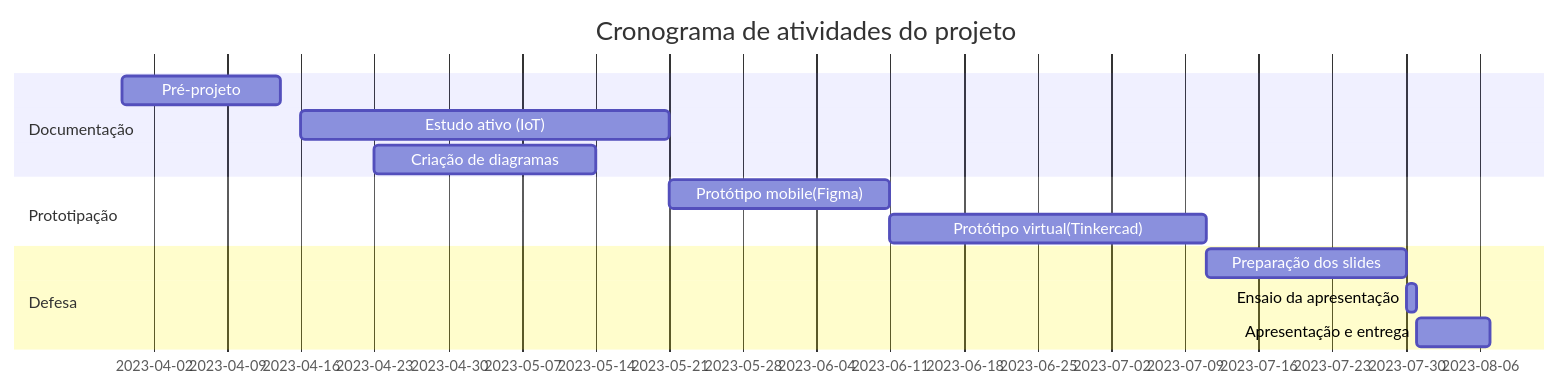
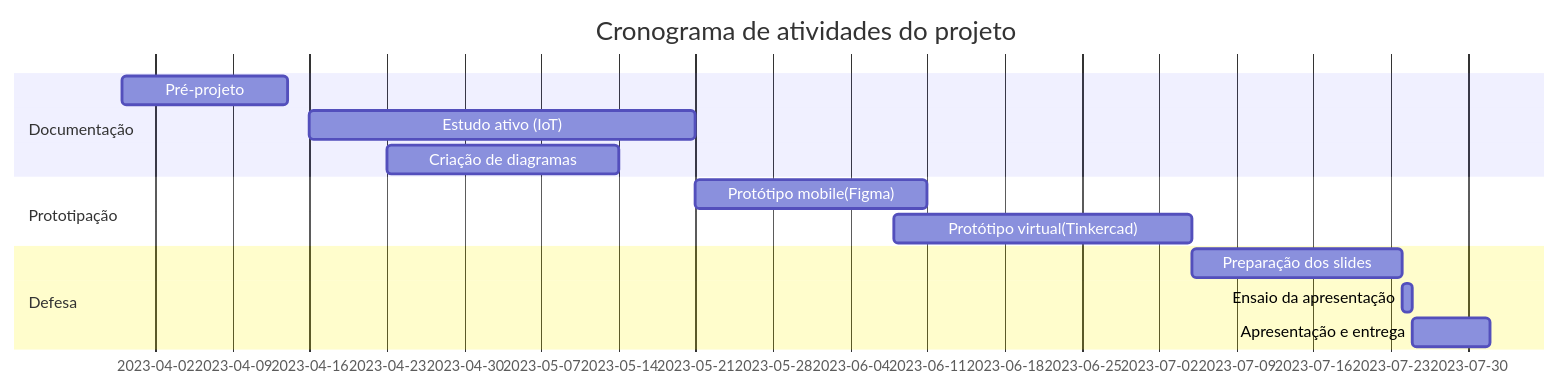
The diagram in README.md (AgathaSena/Projeto-Integrador-II), drawn with Mermaid before and after one commit.

````diff
--- a/README.md
+++ b/README.md
@@ -6,16 +6,16 @@
  ```mermaid
     gantt
     title Cronograma de atividades do projeto
     dateFormat  YYYY-MM-DD
     section Documentação
     Pré-projeto     :a1,  2023-03-30, 15d
     Estudo ativo (IoT)   :a2, 2023-04-16, 35d
     Criação de diagramas     :c3,  2023-04-23, 21d
     section Prototipação
     Protótipo mobile(Figma)      :c1, after a2, 21d
-    Protótipo virtual(Tinkercad)      :c2, after c1, 30d
+    Protótipo virtual(Tinkercad)      :c2,  2023-06-08, 27d
     section Defesa
     Preparação dos slides :p1, after c2, 19d
     Ensaio da apresentação :p2, after p1, 01d
     Apresentação e entrega  :p3, after p2, 07d
 ``` 
````
